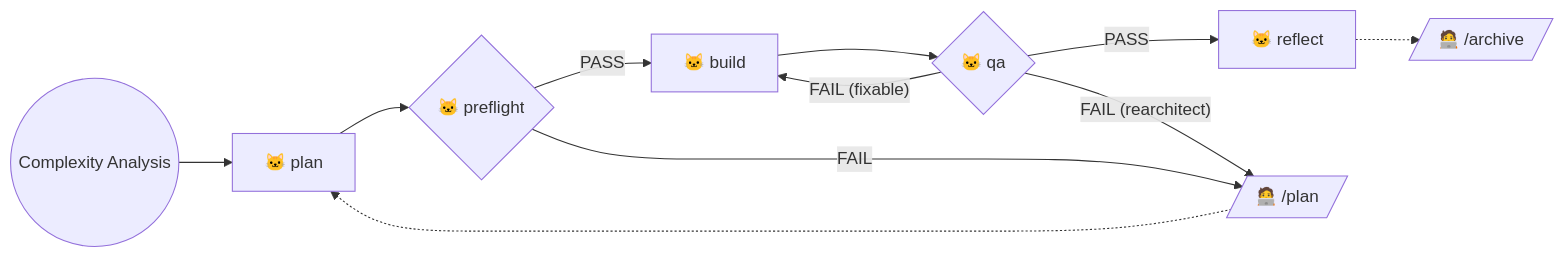
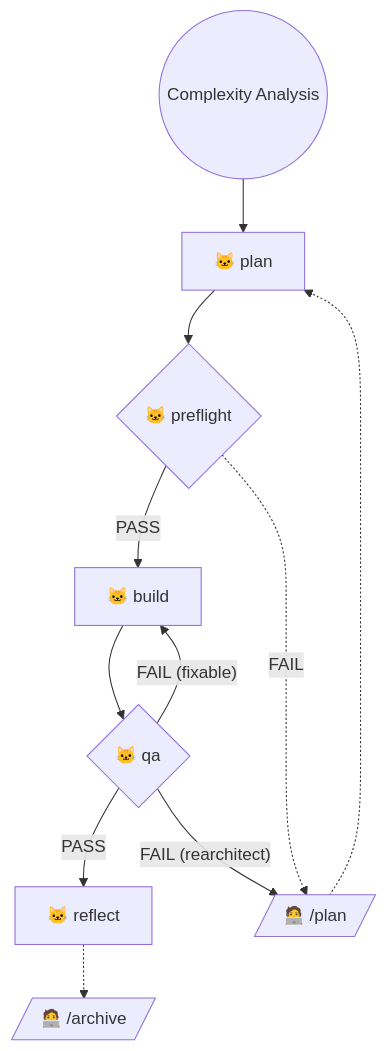
The diagram in rulesets/niko2/niko/level2/level2-workflow.mdc (Texarkanine/.cursor-rules), drawn with Mermaid before and after one commit. The commit also changed other lines of this file and 2 other files, not shown here.

````diff
--- a/rulesets/niko2/niko/level2/level2-workflow.mdc
+++ b/rulesets/niko2/niko/level2/level2-workflow.mdc
@@ -11,15 +11,15 @@
 ```mermaid
-graph LR
+graph TD
     Start(("Complexity Analysis")) --> NikoPlan["🐱 plan"]
     NikoPlan --> NikoPreflight{"🐱 preflight"}
     NikoPreflight -->|"PASS"| NikoBuild["🐱 build"]
-    NikoPreflight -->|"FAIL"| ManPlan[/"🧑‍💻 /plan"/]
+    NikoPreflight -.->|"FAIL"| ManPlan[/"🧑‍💻 /plan"/]
 
     NikoBuild --> NikoQA{"🐱 qa"}
     NikoQA -->|"PASS"| NikoReflect["🐱 reflect"]
     NikoReflect -.-> ManArchive[/"🧑‍💻 /archive"/]
     NikoQA -->|"FAIL (fixable)"| NikoBuild
     NikoQA -->|"FAIL (rearchitect)"| ManPlan
 
     ManPlan -.-> NikoPlan
 ```
````
